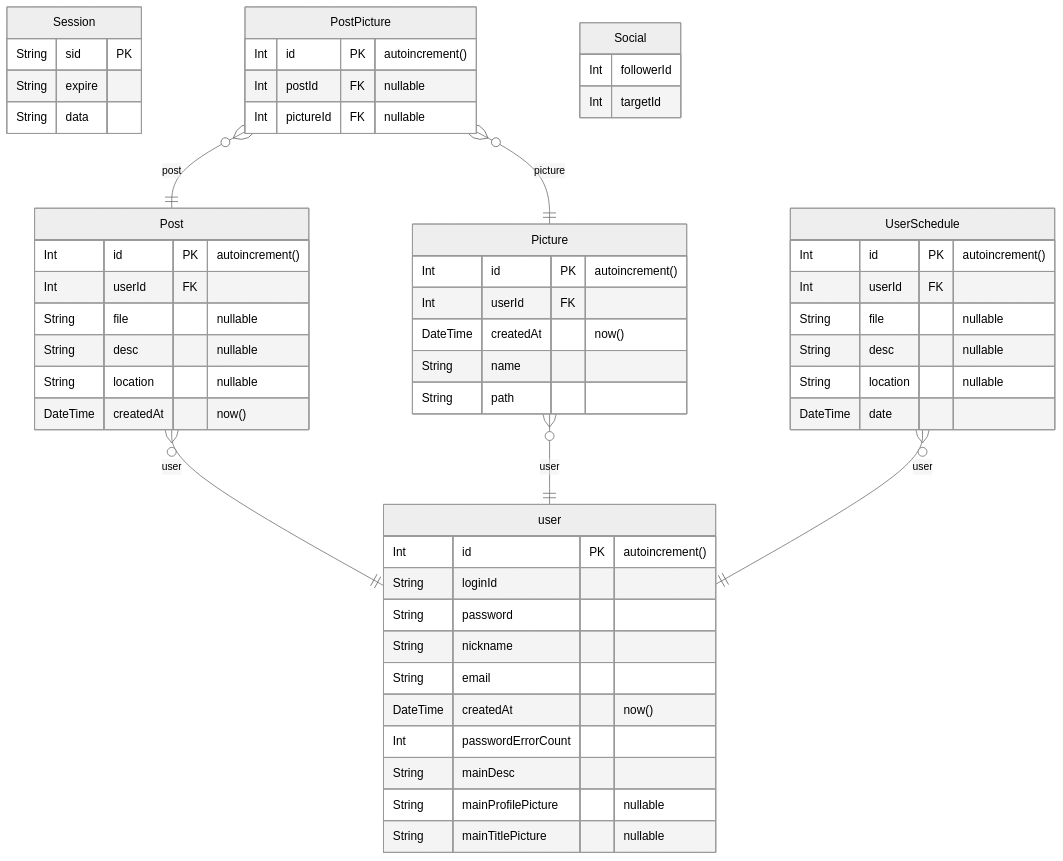
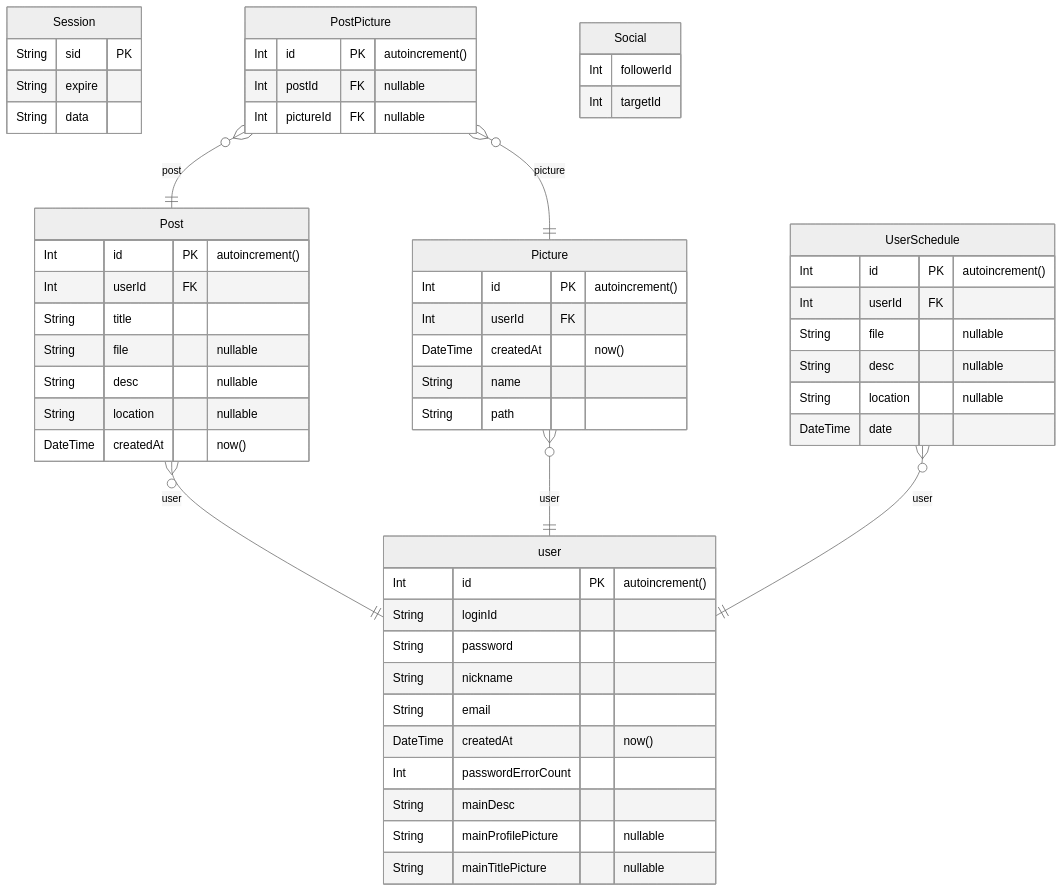
Before and after one commit to LuticaCANARD/Lutica_KNUT_Web_final: the diagram in prisma/ERD.md, drawn with Mermaid (neutral theme). The commit also changed 2 other files, not shown here.

````diff
--- a/prisma/ERD.md
+++ b/prisma/ERD.md
@@ -1,58 +1,59 @@
 ```mermaid
 erDiagram
 	Session {
 		String sid PK
 		String expire
 		String data
 	}
 	user {
 		Int id PK  "autoincrement()"
 		String loginId
 		String password
 		String nickname
 		String email
 		DateTime createdAt  "now()"
 		Int passwordErrorCount
 		String mainDesc
 		String mainProfilePicture  "nullable"
 		String mainTitlePicture  "nullable"
 	}
 	Post {
 		Int id PK  "autoincrement()"
 		Int userId FK
+		String title
 		String file  "nullable"
 		String desc  "nullable"
 		String location  "nullable"
 		DateTime createdAt  "now()"
 	}
 	Picture {
 		Int id PK  "autoincrement()"
 		Int userId FK
 		DateTime createdAt  "now()"
 		String name
 		String path
 	}
 	PostPicture {
 		Int id PK  "autoincrement()"
 		Int postId FK  "nullable"
 		Int pictureId FK  "nullable"
 	}
 	UserSchedule {
 		Int id PK  "autoincrement()"
 		Int userId FK
 		String file  "nullable"
 		String desc  "nullable"
 		String location  "nullable"
 		DateTime date
 	}
 	Social {
 		Int followerId
 		Int targetId
 	}
 	Post }o--|| user : user
 	Picture }o--|| user : user
 	PostPicture }o--|| Post : post
 	PostPicture }o--|| Picture : picture
 	UserSchedule }o--|| user : user
 
 ```
````
